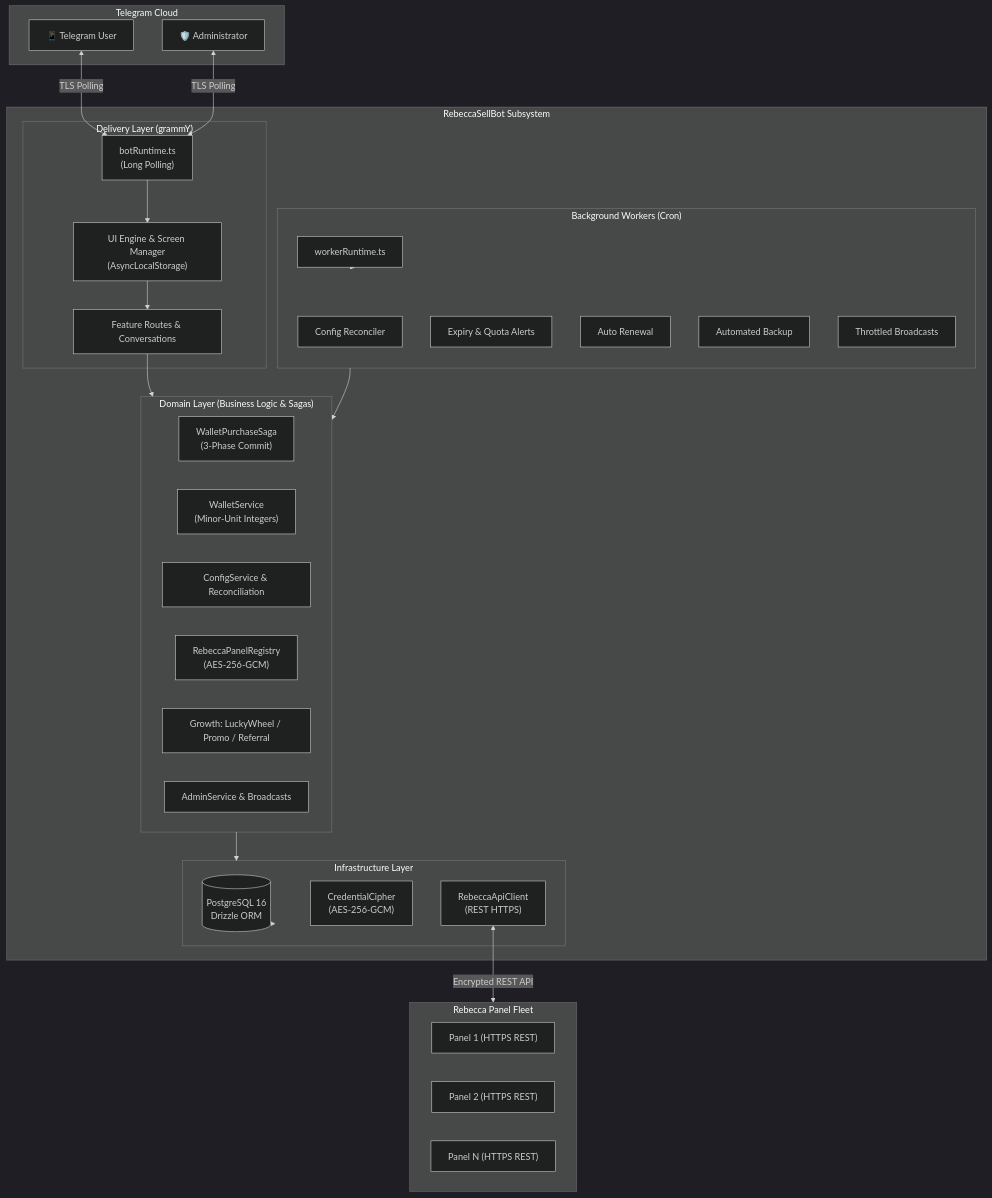
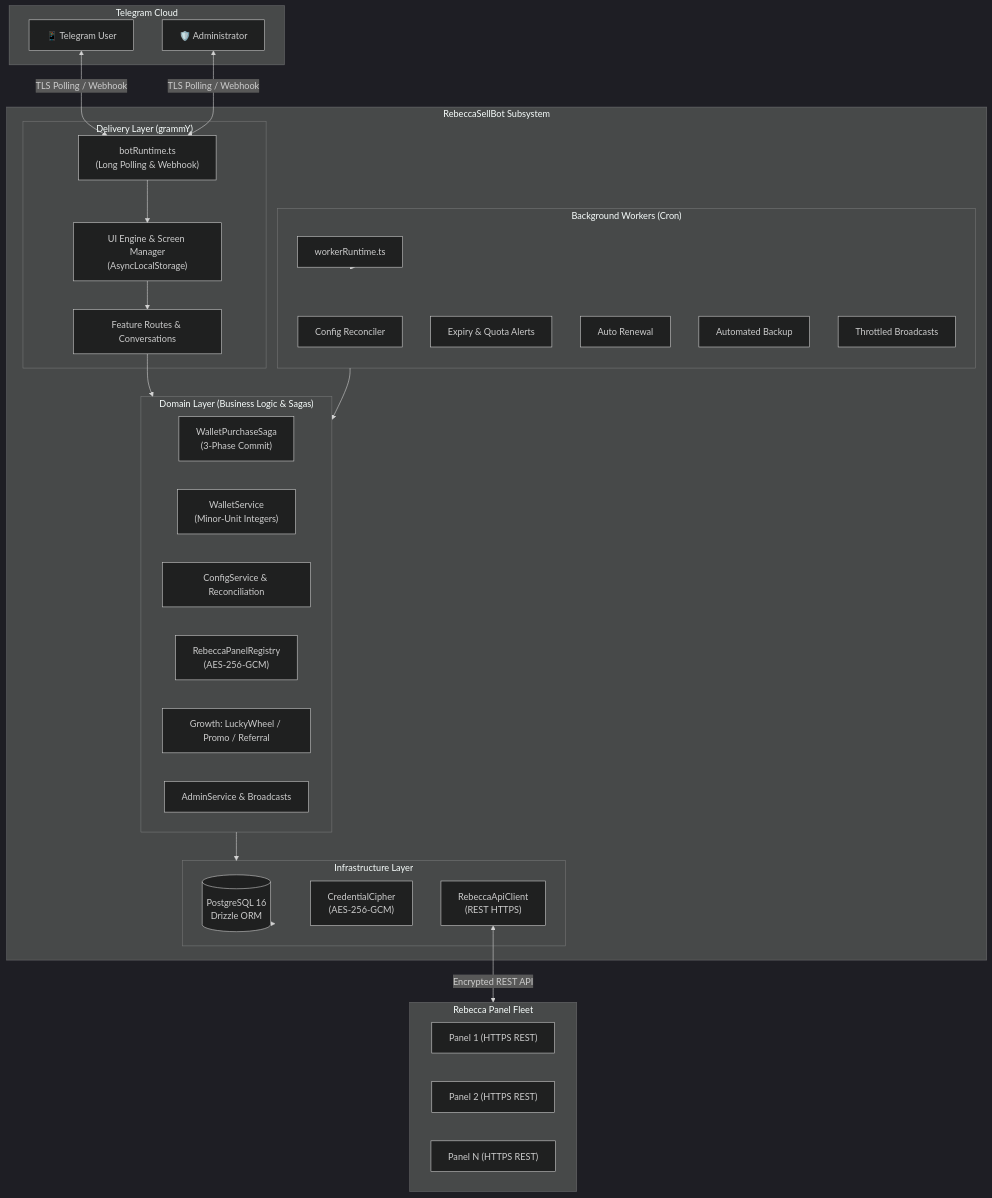
Before and after one commit to Ho3einK84/RebeccaSellBot: the diagram in docs/architecture.md, drawn with Mermaid (dark theme). The commit also changed other lines of this file and 12 other files, not shown here.

First line of the commit message:
feat(delivery): support dual-mode execution for long polling and webhooks

````diff
--- a/docs/architecture.md
+++ b/docs/architecture.md
@@ -9,54 +9,54 @@
 ```mermaid
 flowchart TD
     subgraph Telegram["Telegram Cloud"]
         User["📱 Telegram User"]
         Admin["🛡️ Administrator"]
     end
 
     subgraph RSBot["RebeccaSellBot Subsystem"]
         subgraph Delivery["Delivery Layer (grammY)"]
-            BotRuntime["botRuntime.ts\n(Long Polling)"]
+            BotRuntime["botRuntime.ts\n(Long Polling & Webhook)"]
             UIEngine["UI Engine & Screen Manager\n(AsyncLocalStorage)"]
             Router["Feature Routes & Conversations"]
         end
 
         subgraph Domain["Domain Layer (Business Logic & Sagas)"]
             PurchaseSaga["WalletPurchaseSaga\n(3-Phase Commit)"]
             WalletSvc["WalletService\n(Minor-Unit Integers)"]
             ConfigSvc["ConfigService & Reconciliation"]
             PanelRegistry["RebeccaPanelRegistry\n(AES-256-GCM)"]
             GrowthEngine["Growth: LuckyWheel / Promo / Referral"]
             AdminSvc["AdminService & Broadcasts"]
         end
 
         subgraph Workers["Background Workers (Cron)"]
             WorkerRuntime["workerRuntime.ts"]
             Reconciler["Config Reconciler"]
             Notifier["Expiry & Quota Alerts"]
             AutoRenew["Auto Renewal"]
             BackupJob["Automated Backup"]
             BroadcastJob["Throttled Broadcasts"]
         end
 
         subgraph Infra["Infrastructure Layer"]
             DB[(PostgreSQL 16\nDrizzle ORM)]
             Cipher["CredentialCipher\n(AES-256-GCM)"]
             ApiClient["RebeccaApiClient\n(REST HTTPS)"]
         end
     end
 
     subgraph Panels["Rebecca Panel Fleet"]
         P1["Panel 1 (HTTPS REST)"]
         P2["Panel 2 (HTTPS REST)"]
         PN["Panel N (HTTPS REST)"]
     end
 
-    User <-->|TLS Polling| BotRuntime
-    Admin <-->|TLS Polling| BotRuntime
+    User <-->|TLS Polling / Webhook| BotRuntime
+    Admin <-->|TLS Polling / Webhook| BotRuntime
     BotRuntime --> UIEngine --> Router
     Router --> Domain
     WorkerRuntime --> Workers --> Domain
     Domain --> Infra
     ApiClient <-->|Encrypted REST API| Panels
     Infra --> DB
 ```
````
